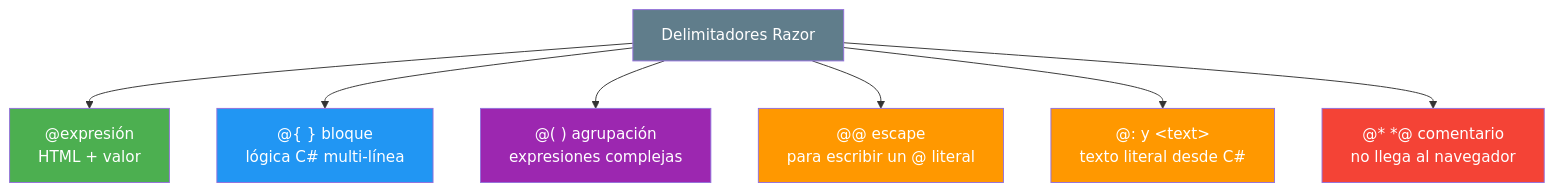
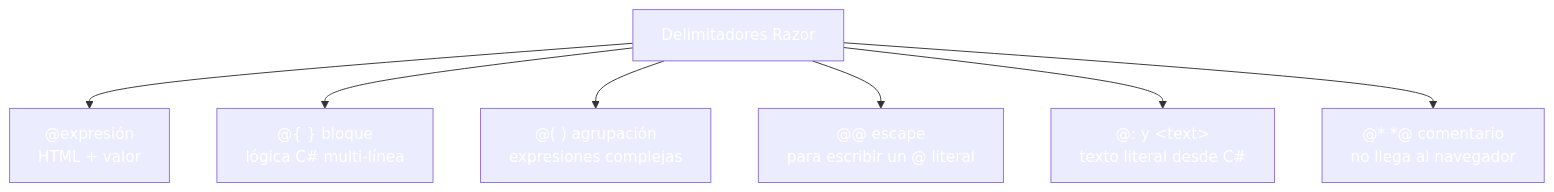
One commit to joseluisgs/DesarrolloWebEntornosServidor-03-2026-2027 changed the fifth of 7 diagrams in 01-razor-fundamentos.md. Above: the diagram before and after it, drawn with Mermaid. The commit also changed other lines of this file and 30 other files, not shown here.

````diff
--- a/01-razor-fundamentos.md
+++ b/01-razor-fundamentos.md
@@ -279,17 +279,17 @@
 ```mermaid
 graph TD
     A["Delimitadores Razor"] --> B["@expresión<br/>HTML + valor"]
     A --> C["@{ } bloque<br/>lógica C# multi-línea"]
     A --> D["@( ) agrupación<br/>expresiones complejas"]
     A --> E["@@ escape<br/>para escribir un @ literal"]
     A --> F["@: y &lt;text&gt;<br/>texto literal desde C#"]
     A --> G["@* *@ comentario<br/>no llega al navegador"]
 
-    style A fill:#607D8B,color:#fff
-    style B fill:#4CAF50,color:#fff
-    style C fill:#2196F3,color:#fff
-    style D fill:#9C27B0,color:#fff
-    style E fill:#FF9800,color:#fff
-    style F fill:#FF9800,color:#fff
-    style G fill:#f44336,color:#fff
+    style A fill:#607D8,color:#fffB,color:#fff
+    style B fill:#4CAF5,color:#fff0,color:#fff
+    style C fill:#2196F,color:#fff3,color:#fff
+    style D fill:#9C27B,color:#fff0,color:#fff
+    style E fill:#FF980,color:#fff0,color:#fff
+    style F fill:#FF980,color:#fff0,color:#fff
+    style G fill:#f4433,color:#fff6,color:#fff
 ```
````
